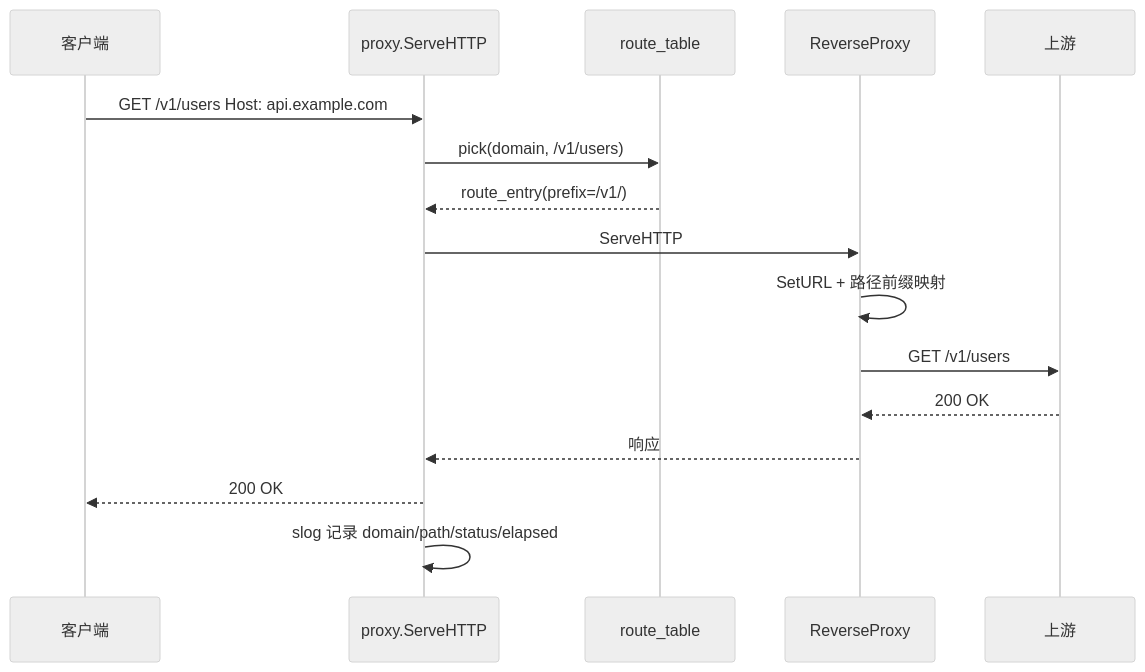
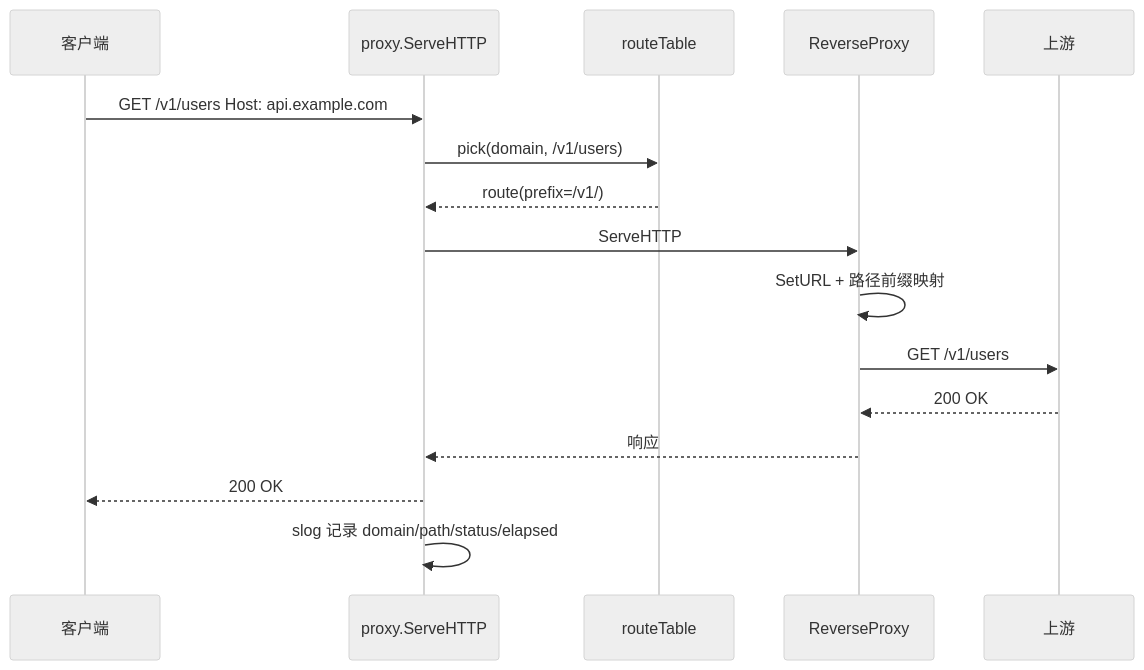
The third of 4 diagrams in .monkeycode/specs/mrp/design.md (isunk/MyReverseProxy), drawn with Mermaid (neutral theme) before and after one commit. The commit also changed other lines of this file and 8 other files, not shown here.

````diff
--- a/.monkeycode/specs/mrp/design.md
+++ b/.monkeycode/specs/mrp/design.md
@@ -182,19 +182,19 @@
 ```mermaid
 sequenceDiagram
     participant Client as 客户端
     participant Server as proxy.ServeHTTP
-    participant Table as route_table
+    participant Table as routeTable
     participant Reverse as ReverseProxy
     participant Upstream as 上游
 
     Client->>Server: GET /v1/users Host: api.example.com
     Server->>Table: pick(domain, /v1/users)
-    Table-->>Server: route_entry(prefix=/v1/)
+    Table-->>Server: route(prefix=/v1/)
     Server->>Reverse: ServeHTTP
     Reverse->>Reverse: SetURL + 路径前缀映射
     Reverse->>Upstream: GET /v1/users
     Upstream-->>Reverse: 200 OK
     Reverse-->>Server: 响应
     Server-->>Client: 200 OK
     Server->>Server: slog 记录 domain/path/status/elapsed
 ```
````
